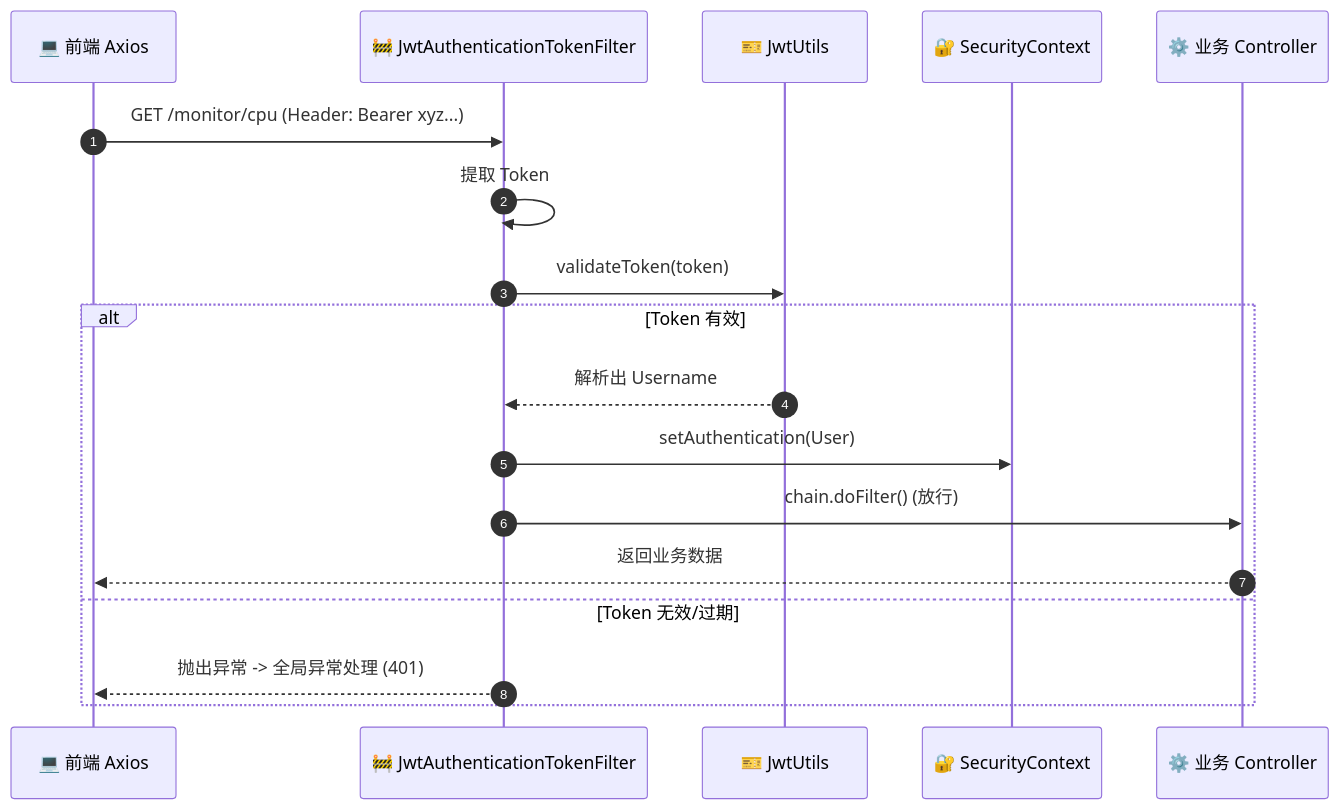
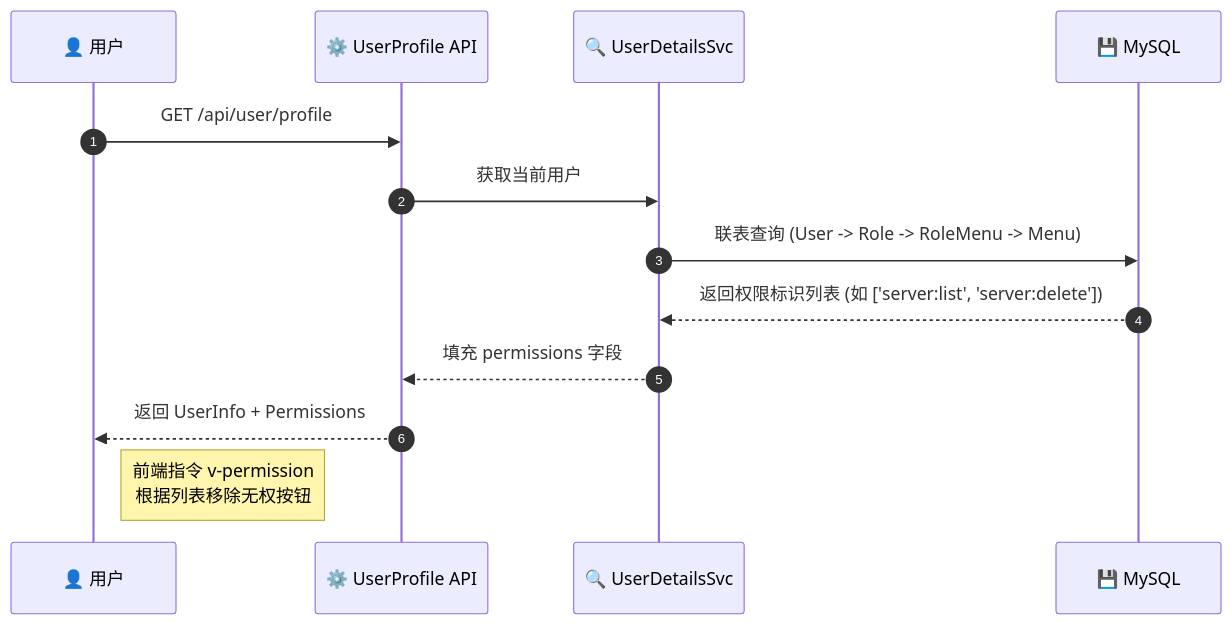
One commit to ouyangxu66/GraduationProject-ServerMonitor changed the second of 3 diagrams in monitor-project/SECURITY.md. Above: the diagram before and after it, drawn with Mermaid. The commit also changed other lines of this file and 4 other files, not shown here.

````diff
--- a/monitor-project/SECURITY.md
+++ b/monitor-project/SECURITY.md
@@ -77,22 +90,17 @@
 ```mermaid
 sequenceDiagram
     autonumber
-    participant Client as 💻 前端 Axios
-    participant Filter as 🚧 JwtAuthenticationTokenFilter
-    participant JWT as 🎫 JwtUtils
-    participant Context as 🔐 SecurityContext
-    participant Controller as ⚙️ 业务 Controller
+    participant User as 👤 用户
+    participant API as ⚙️ UserProfile API
+    participant SVC as 🔍 UserDetailsSvc
+    participant DB as 💾 MySQL
 
-    Client->>Filter: GET /monitor/cpu (Header: Bearer xyz...)
-    Filter->>Filter: 提取 Token
-    Filter->>JWT: validateToken(token)
+    User->>API: GET /api/user/profile
+    API->>SVC: 获取当前用户
+    SVC->>DB: 联表查询 (User -> Role -> RoleMenu -> Menu)
+    DB-->>SVC: 返回权限标识列表 (如 ['server:list', 'server:delete'])
+    SVC-->>API: 填充 permissions 字段
+    API-->>User: 返回 UserInfo + Permissions
     
-    alt Token 有效
-        JWT-->>Filter: 解析出 Username
-        Filter->>Context: setAuthentication(User)
-        Filter->>Controller: chain.doFilter() (放行)
-        Controller-->>Client: 返回业务数据
-    else Token 无效/过期
-        Filter-->>Client: 抛出异常 -> 全局异常处理 (401)
-    end
+    Note right of User: 前端指令 v-permission<br>根据列表移除无权按钮
 ```
````
